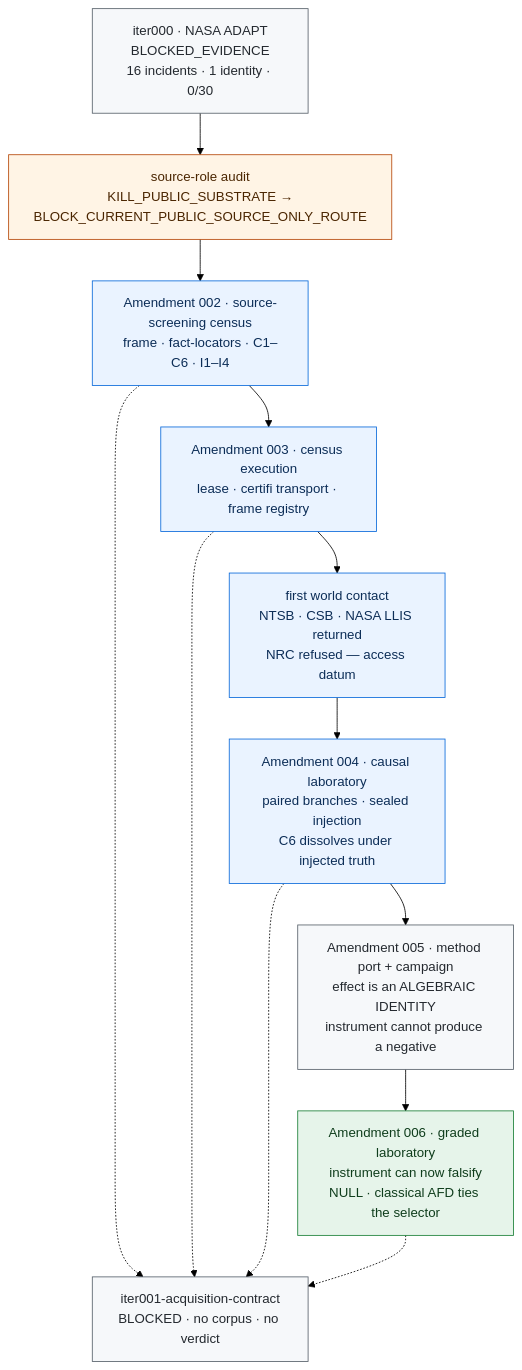
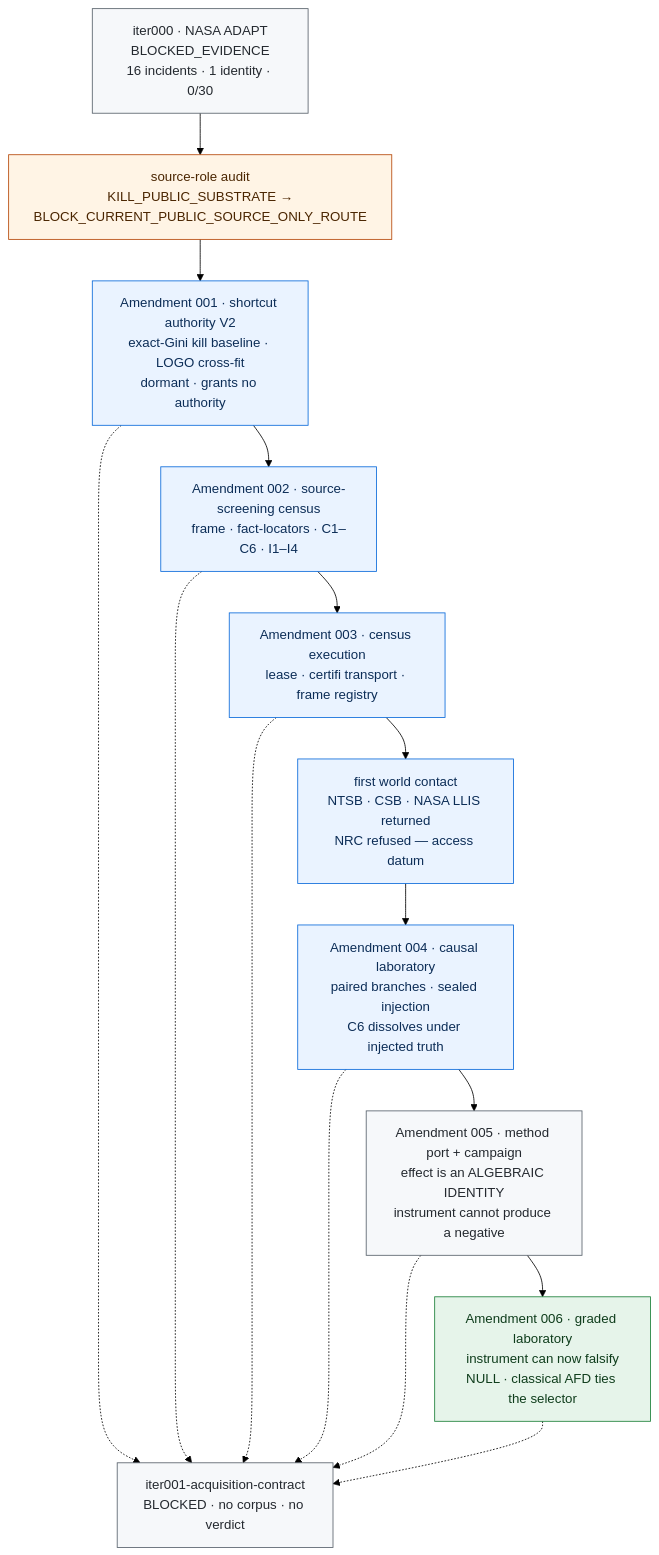
Before and after one commit to manfromnowhere143/inbar: the second of 3 diagrams in README.md, drawn with Mermaid (forest theme). The commit also changed other lines of this file and 6 other files, not shown here.

````diff
--- a/README.md
+++ b/README.md
@@ -96,25 +118,28 @@
 ```mermaid
 flowchart TB
   I000["iter000 · NASA ADAPT<br/>BLOCKED_EVIDENCE<br/>16 incidents · 1 identity · 0/30"]
   SRC["source-role audit<br/>KILL_PUBLIC_SUBSTRATE →<br/>BLOCK_CURRENT_PUBLIC_SOURCE_ONLY_ROUTE"]
+  A001["Amendment 001 · shortcut authority V2<br/>exact-Gini kill baseline · LOGO cross-fit<br/>dormant · grants no authority"]
   A002["Amendment 002 · source-screening census<br/>frame · fact-locators · C1–C6 · I1–I4"]
   A003["Amendment 003 · census execution<br/>lease · certifi transport · frame registry"]
   WC["first world contact<br/>NTSB · CSB · NASA LLIS returned<br/>NRC refused — access datum"]
   A004["Amendment 004 · causal laboratory<br/>paired branches · sealed injection<br/>C6 dissolves under injected truth"]
   A005["Amendment 005 · method port + campaign<br/>effect is an ALGEBRAIC IDENTITY<br/>instrument cannot produce a negative"]
   A006["Amendment 006 · graded laboratory<br/>instrument can now falsify<br/>NULL · classical AFD ties the selector"]
   BLK["iter001-acquisition-contract<br/>BLOCKED · no corpus · no verdict"]
-  I000-->SRC-->A002-->A003-->WC-->A004-->A005-->A006
+  I000-->SRC-->A001-->A002-->A003-->WC-->A004-->A005-->A006
+  A001-.->BLK
   A002-.->BLK
   A003-.->BLK
   A004-.->BLK
+  A005-.->BLK
   A006-.->BLK
   classDef null fill:#f6f8fa,stroke:#57606a,color:#24292f;
   classDef complete fill:#eaf3ff,stroke:#0969da,color:#0c2d57;
   classDef corrected fill:#fff4e5,stroke:#b54708,color:#4a2500;
   classDef active fill:#e6f4ea,stroke:#1a7f37,color:#0f3d1c;
   class I000,BLK,A005 null;
   class SRC corrected;
-  class A002,A003,WC,A004 complete;
+  class A001,A002,A003,WC,A004 complete;
   class A006 active;
 ```
````
